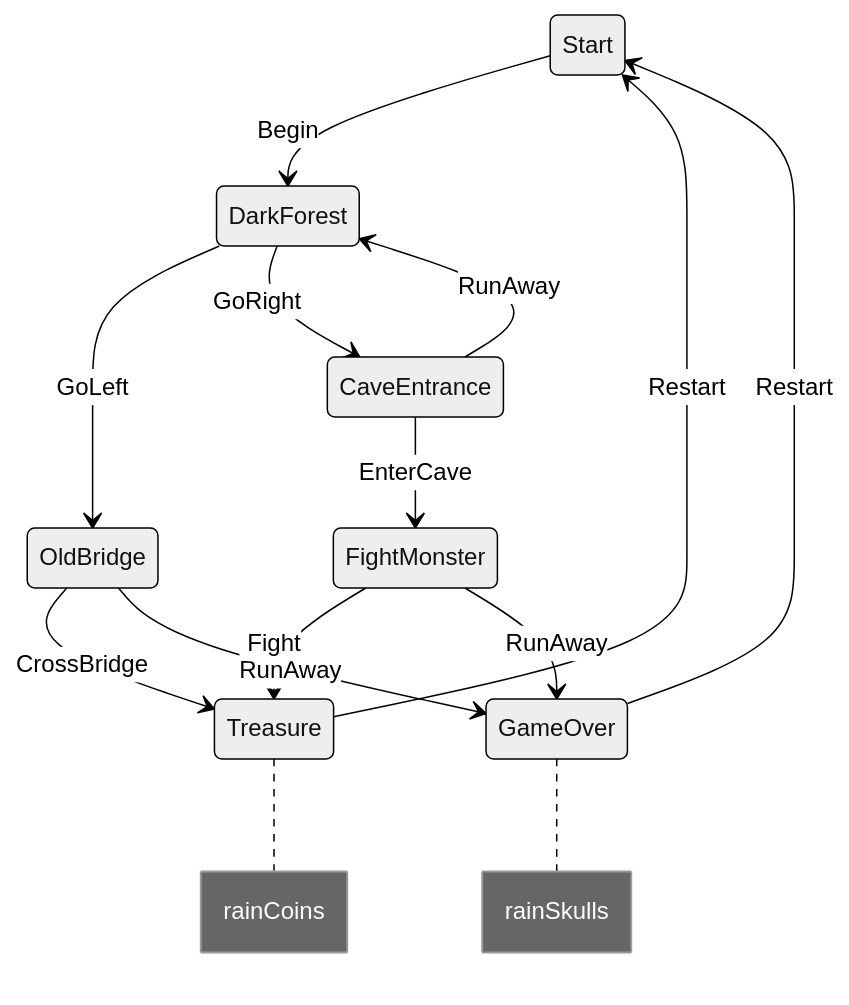
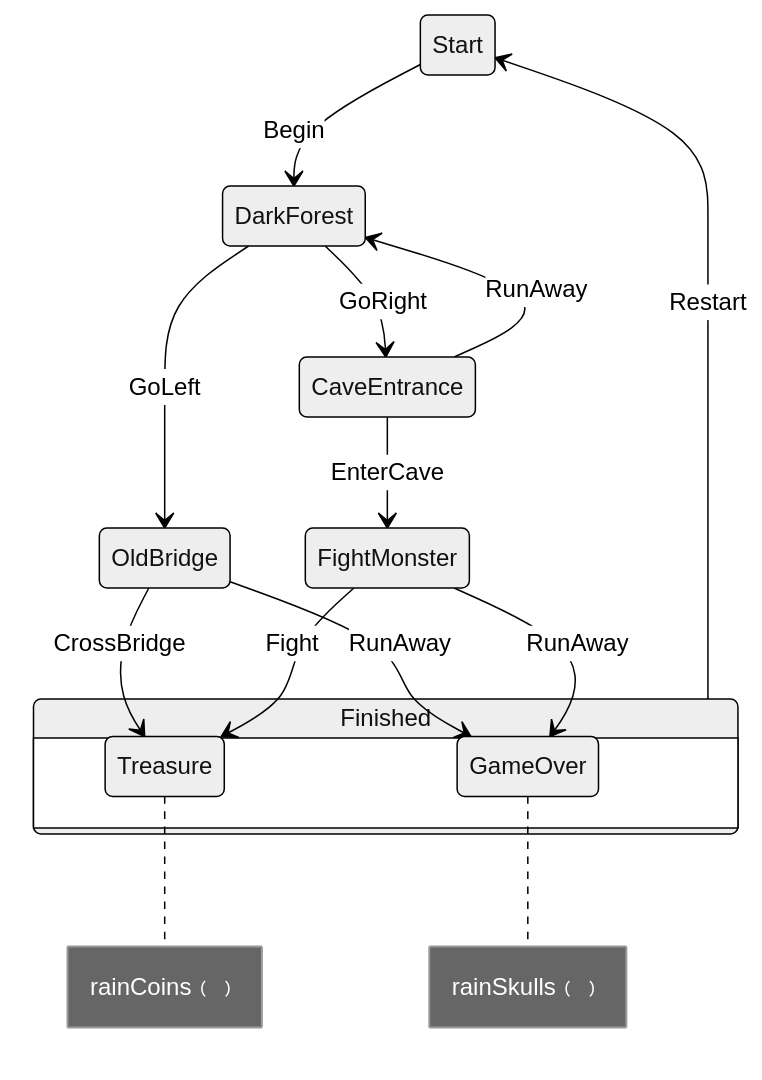
Before and after one commit to AdamWardVGP/KSM: the diagram in sample/README.md, drawn with Mermaid (neutral theme). The commit also changed other lines of this file and 15 other files, not shown here.

````diff
--- a/sample/README.md
+++ b/sample/README.md
@@ -5,20 +5,28 @@
 ```mermaid
 stateDiagram-v2
+    Start
+    DarkForest
+    OldBridge
+    CaveEntrance
+    FightMonster
+    state Finished {
+        GameOver
+        Treasure
+    }
     Start --> DarkForest: Begin
     DarkForest --> OldBridge: GoLeft
     DarkForest --> CaveEntrance: GoRight
     OldBridge --> Treasure: CrossBridge
     OldBridge --> GameOver: RunAway
     CaveEntrance --> FightMonster: EnterCave
     CaveEntrance --> DarkForest: RunAway
     FightMonster --> Treasure: Fight
     FightMonster --> GameOver: RunAway
-    GameOver --> Start: Restart
-    Treasure --> Start: Restart
+    Finished --> Start: Restart
     note right of Treasure
-        rainCoins
+        rainCoins﹙﹚
     end note
     note right of GameOver
-        rainSkulls
+        rainSkulls﹙﹚
     end note
 ```
````
